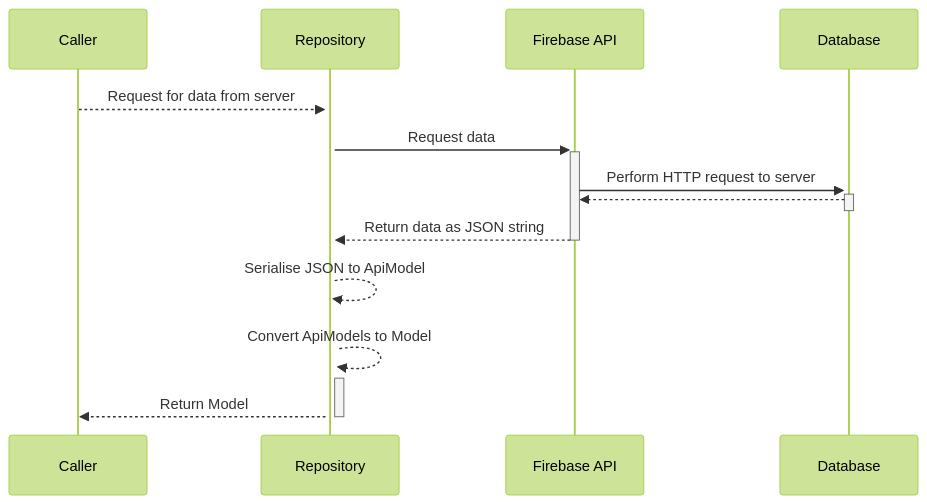
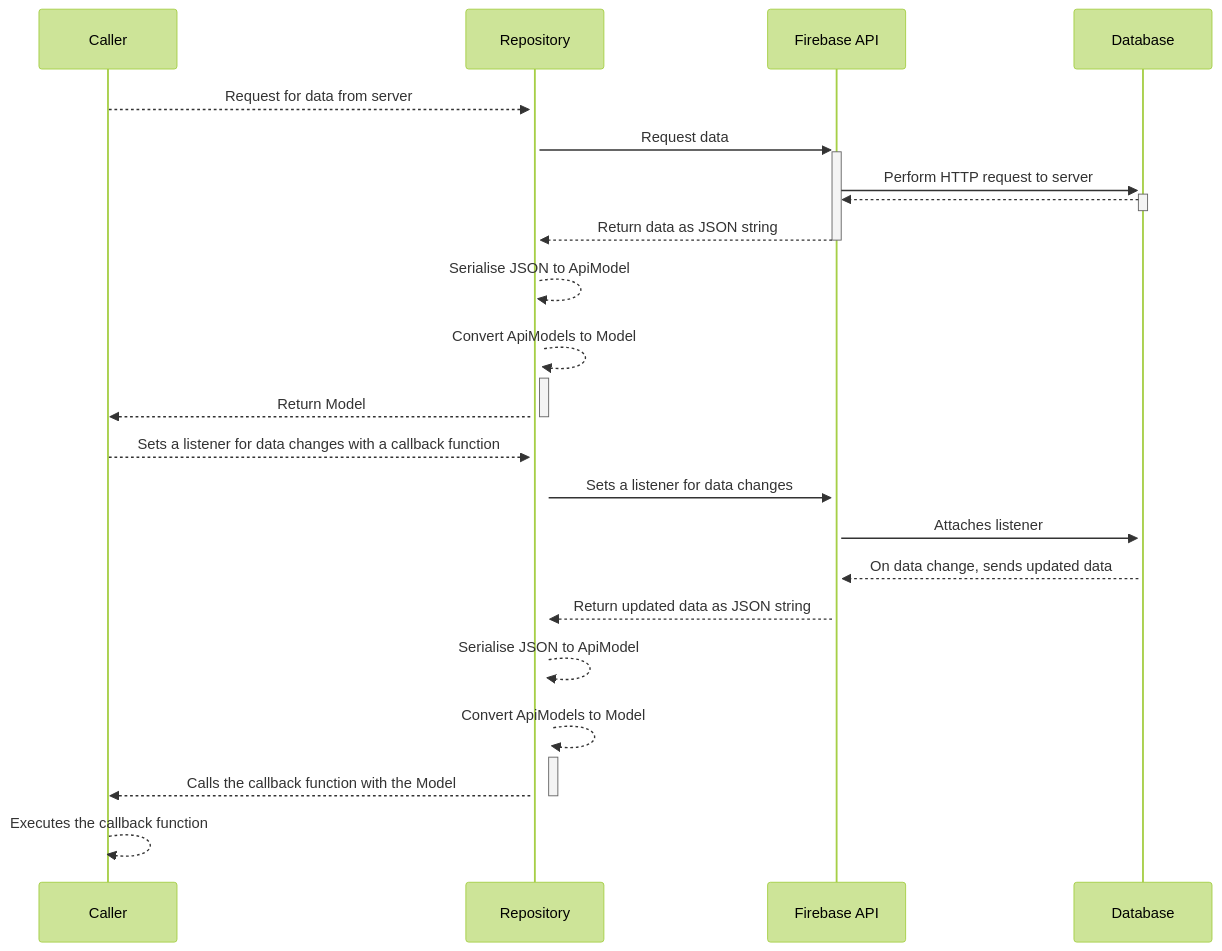
Before and after one commit to cs3217-2223/group-project-sotravel: the diagram in Sotravel/docs/diagrams/final-report/firebase-repository-seq.mmd, drawn with Mermaid (forest theme). The commit also changed 2 other files, not shown here.

Commit message:
update repo diagram

```diff
--- a/Sotravel/docs/diagrams/final-report/firebase-repository-seq.mmd
+++ b/Sotravel/docs/diagrams/final-report/firebase-repository-seq.mmd
@@ -1,9 +1,18 @@
 sequenceDiagram
     Caller-->>+Repository: Request for data from server
     Repository->>+Firebase API: Request data
     Firebase API->>+Database: Perform HTTP request to server
     Database-->>-Firebase API: 
     Firebase API-->>-Repository: Return data as JSON string
     Repository-->>+Repository: Serialise JSON to ApiModel
     Repository-->>+Repository: Convert ApiModels to Model
     Repository-->>-Caller: Return Model
+    Caller-->>+Repository: Sets a listener for data changes with a callback function
+    Repository->>+Firebase API: Sets a listener for data changes
+    Firebase API->>+Database: Attaches listener
+    Database-->>Firebase API: On data change, sends updated data
+    Firebase API-->>Repository: Return updated data as JSON string
+    Repository-->>+Repository: Serialise JSON to ApiModel
+    Repository-->>+Repository: Convert ApiModels to Model
+    Repository-->>-Caller: Calls the callback function with the Model
+    Caller-->>+Caller: Executes the callback function
```
